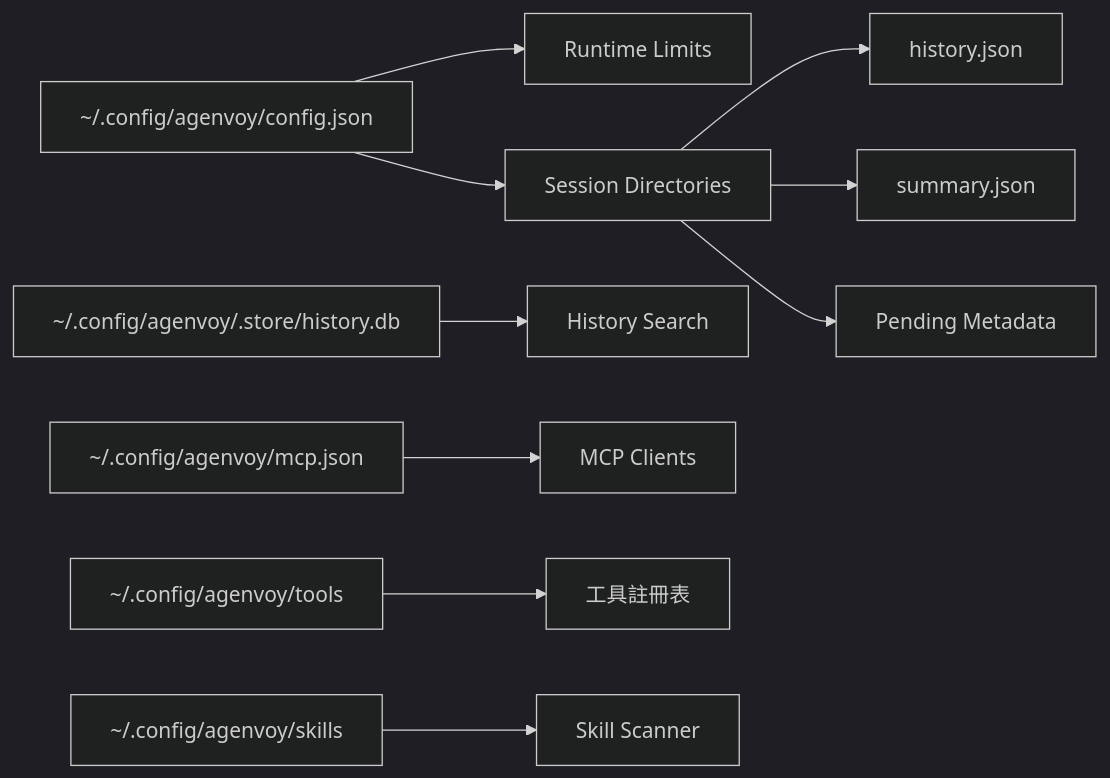
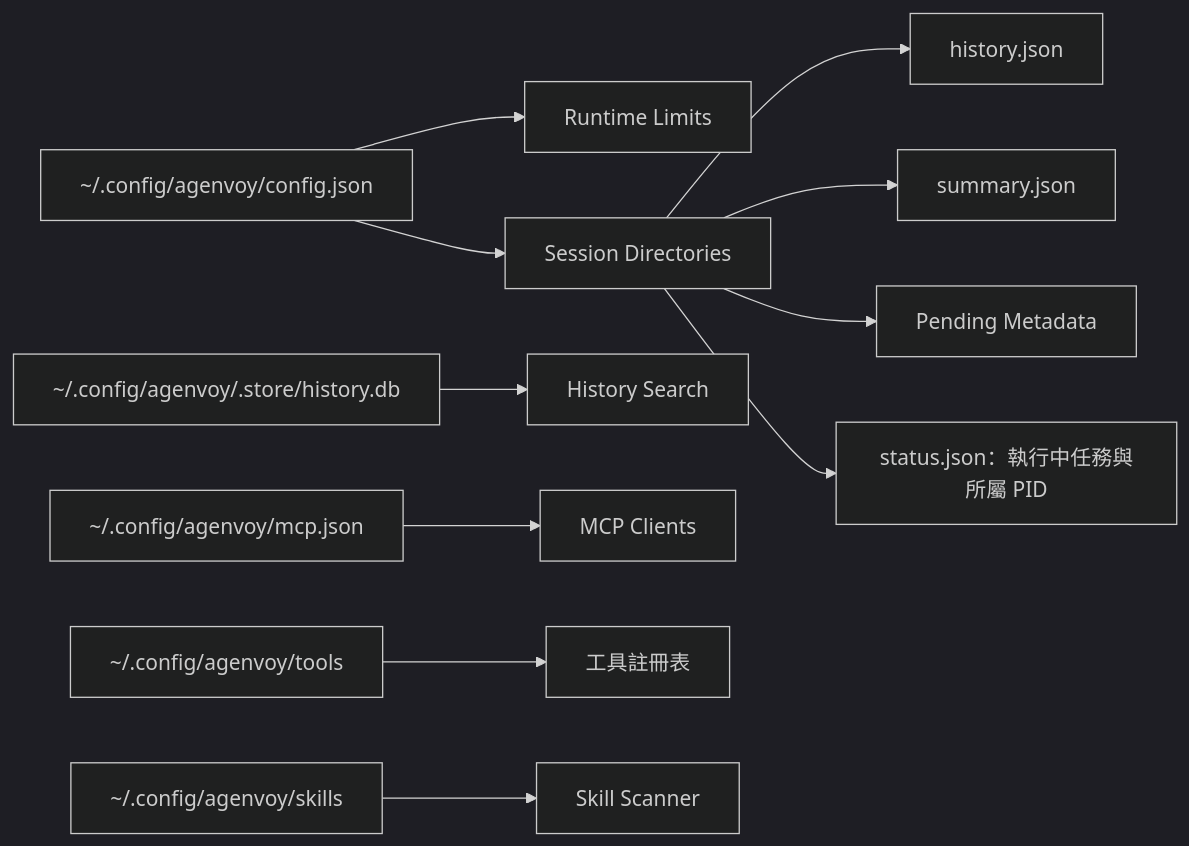
Before and after one commit to agenvoy/Agenvoy: diagram 11 of 11 in doc/architecture.zh.md, drawn with Mermaid (dark theme). The commit also changed other lines of this file and 3 other files, not shown here.

````diff
--- a/doc/architecture.zh.md
+++ b/doc/architecture.zh.md
@@ -217,12 +249,13 @@
 ```mermaid
 flowchart LR
     Config[~/.config/agenvoy/config.json] --> Limits[Runtime Limits]
     Config --> Sessions[Session Directories]
     Sessions --> History[history.json]
     Sessions --> Summary[summary.json]
     Sessions --> Pending[Pending Metadata]
+    Sessions --> Status[status.json：執行中任務與所屬 PID]
     SQLite[~/.config/agenvoy/.store/history.db] --> Search[History Search]
     MCP[~/.config/agenvoy/mcp.json] --> MCPClients[MCP Clients]
     Tools[~/.config/agenvoy/tools] --> Registry[工具註冊表]
     Skills[~/.config/agenvoy/skills] --> Scanner[Skill Scanner]
 ```
````
